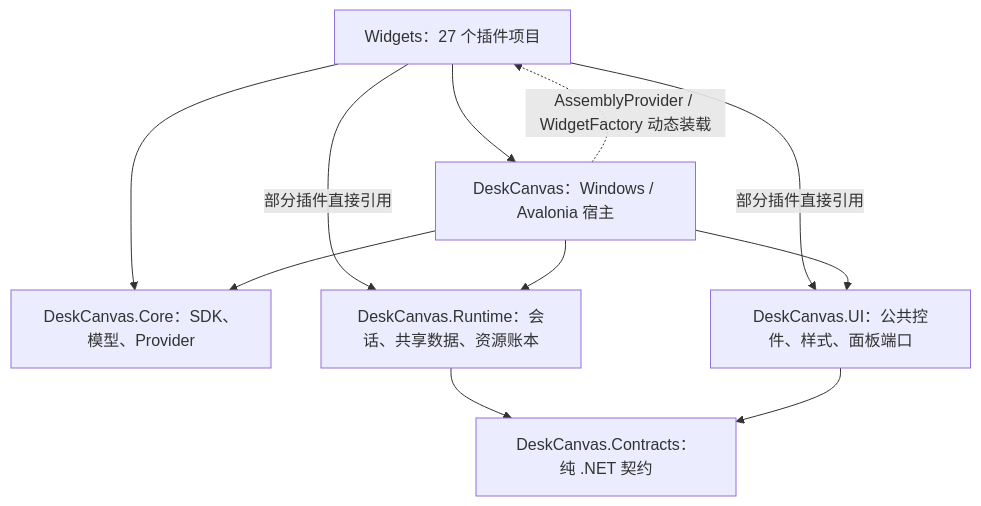
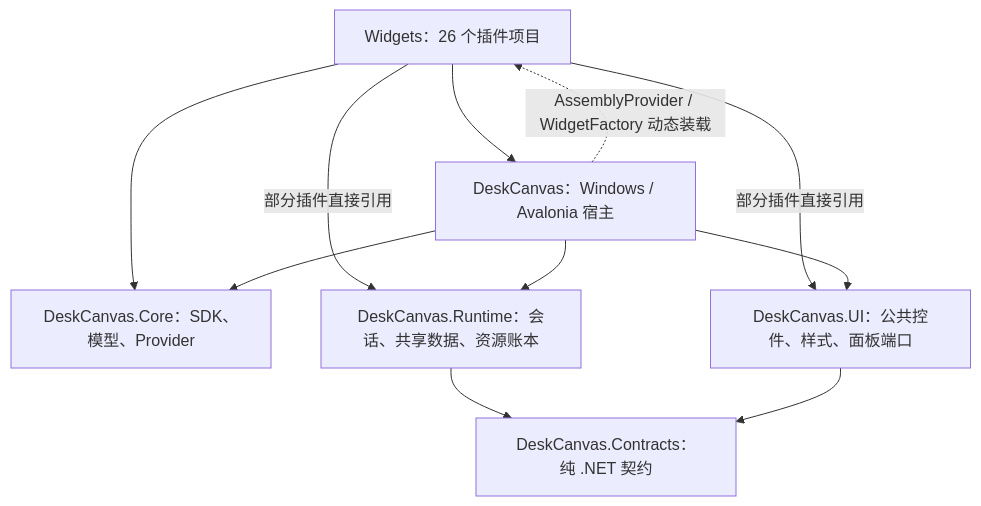
The first of 3 diagrams in doc/项目解析报告.md (Genlue/DeskCanvas), drawn with Mermaid before and after one commit. The commit also changed other lines of this file and 3 other files, not shown here.

````diff
--- a/doc/项目解析报告.md
+++ b/doc/项目解析报告.md
@@ -31,20 +31,20 @@
 ```mermaid
 flowchart TB
-    W["Widgets：27 个插件项目"]
+    W["Widgets：26 个插件项目"]
     H["DeskCanvas：Windows / Avalonia 宿主"]
     C["DeskCanvas.Core：SDK、模型、Provider"]
     R["DeskCanvas.Runtime：会话、共享数据、资源账本"]
     U["DeskCanvas.UI：公共控件、样式、面板端口"]
     K["DeskCanvas.Contracts：纯 .NET 契约"]
 
     W --> H
     W --> C
     W -->|"部分插件直接引用"| R
     W -->|"部分插件直接引用"| U
     H --> C
     H --> R
     H --> U
     R --> K
     U --> K
     H -. "AssemblyProvider / WidgetFactory 动态装载" .-> W
 ```
````
